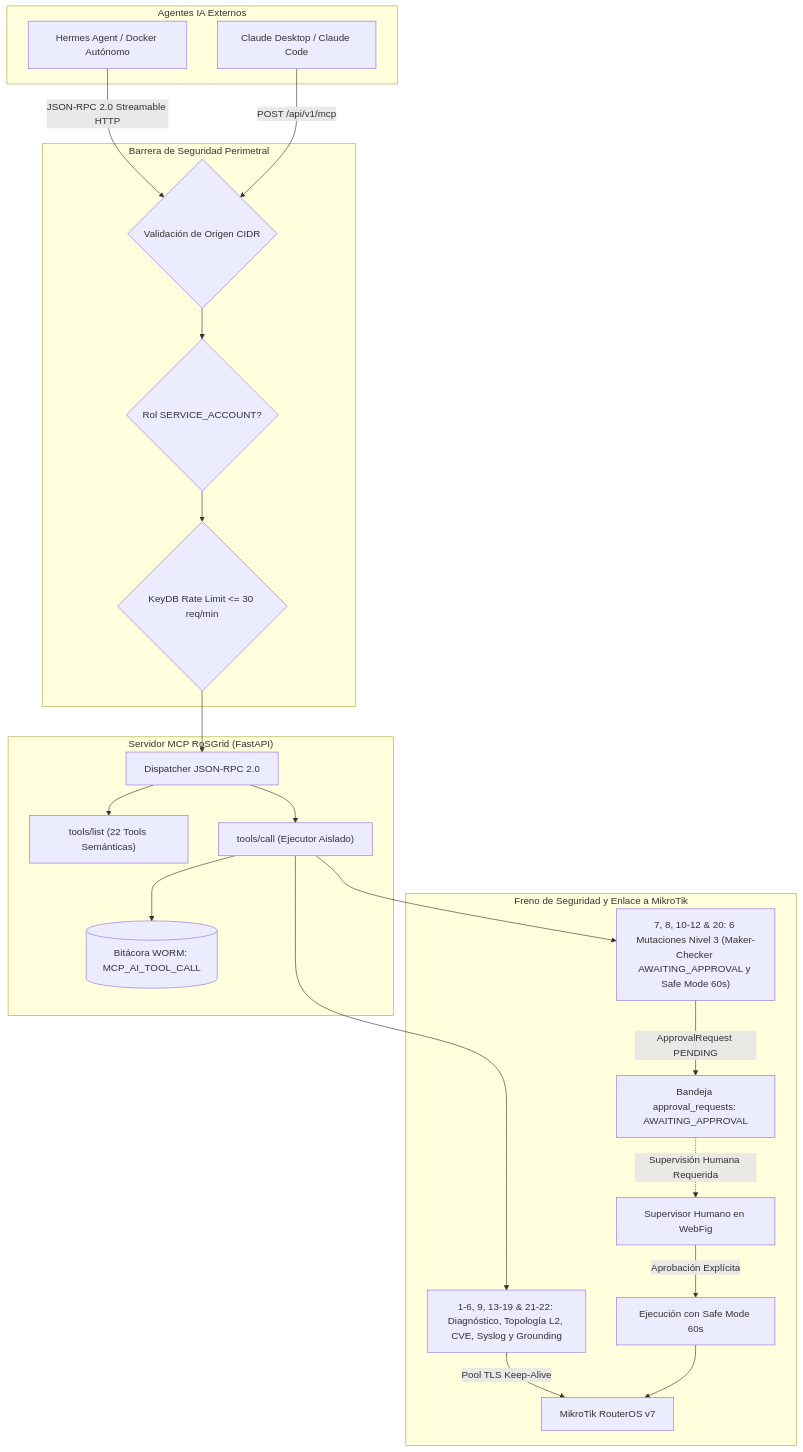
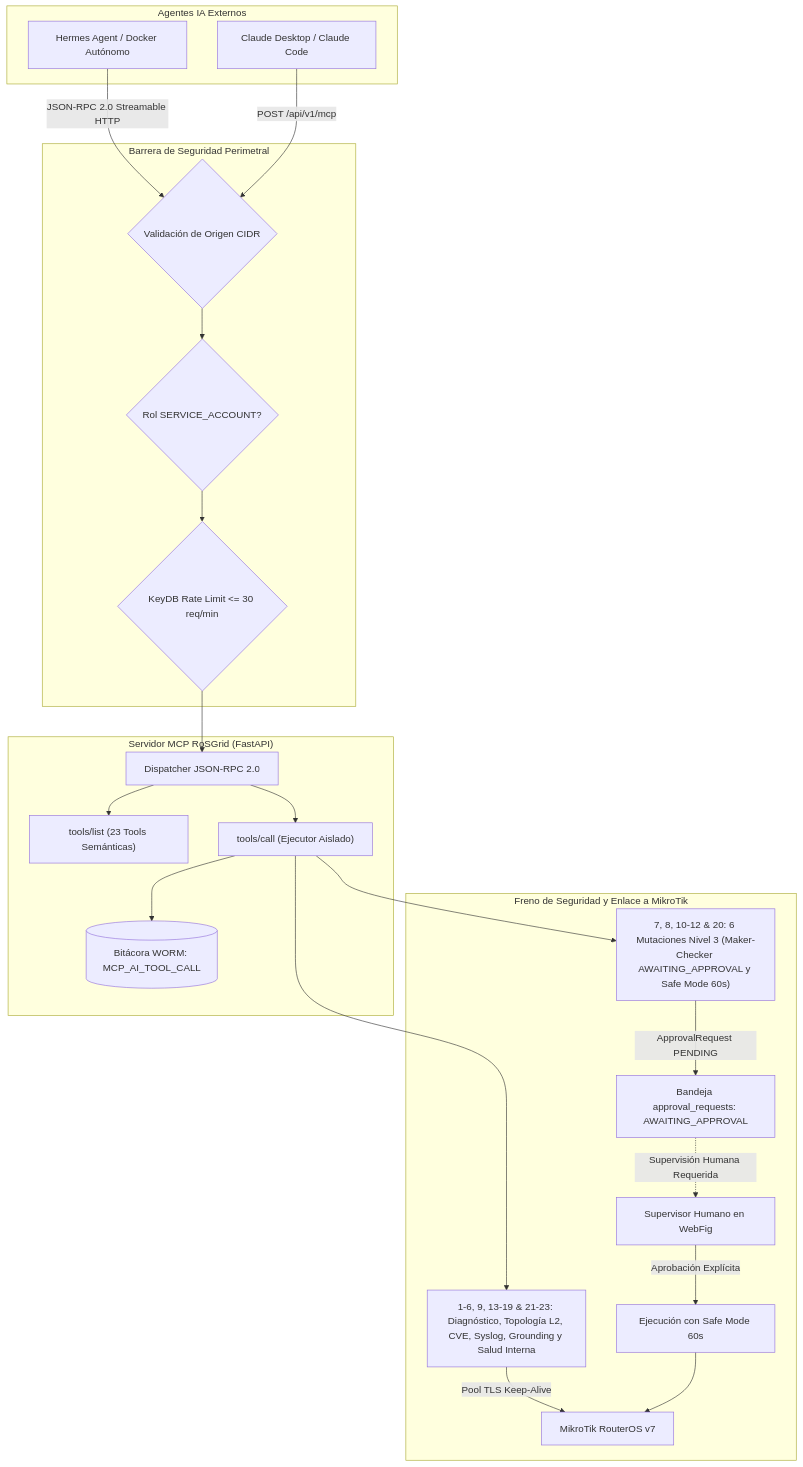
One commit to tecno-consultores/RoSGrid changed the first of 2 diagrams in docs/07_GUIA_INTEGRACION_IA_MCP_HERMES_Y_CLAUDE.md. Above: the diagram before and after it, drawn with Mermaid. The commit also changed other lines of this file and 37 other files, not shown here.

````diff
--- a/docs/07_GUIA_INTEGRACION_IA_MCP_HERMES_Y_CLAUDE.md
+++ b/docs/07_GUIA_INTEGRACION_IA_MCP_HERMES_Y_CLAUDE.md
@@ -9,36 +9,36 @@
 ```mermaid
 flowchart TB
     subgraph "Agentes IA Externos"
         Hermes[Hermes Agent / Docker Autónomo]
         Claude[Claude Desktop / Claude Code]
     end
 
     subgraph "Barrera de Seguridad Perimetral"
         CIDR{Validación de Origen CIDR}
         RoleAuth{Rol SERVICE_ACCOUNT?}
         RateLimit{KeyDB Rate Limit <= 30 req/min}
     end
 
     Hermes -->|JSON-RPC 2.0 Streamable HTTP| CIDR
     Claude -->|POST /api/v1/mcp| CIDR
     CIDR --> RoleAuth
     RoleAuth --> RateLimit
 
     subgraph "Servidor MCP RoSGrid (FastAPI)"
         RateLimit --> Dispatcher[Dispatcher JSON-RPC 2.0]
-        Dispatcher --> ToolsList["tools/list (22 Tools Semánticas)"]
+        Dispatcher --> ToolsList["tools/list (23 Tools Semánticas)"]
         Dispatcher --> ToolExec["tools/call (Ejecutor Aislado)"]
         ToolExec --> AuditWORM[(Bitácora WORM: MCP_AI_TOOL_CALL)]
     end
 
     subgraph "Freno de Seguridad y Enlace a MikroTik"
-        ToolExec --> ReadTools["1-6, 9, 13-19 & 21-22: Diagnóstico, Topología L2, CVE, Syslog y Grounding"]
+        ToolExec --> ReadTools["1-6, 9, 13-19 & 21-23: Diagnóstico, Topología L2, CVE, Syslog, Grounding y Salud Interna"]
         ToolExec --> MutationTools["7, 8, 10-12 & 20: 6 Mutaciones Nivel 3 (Maker-Checker AWAITING_APPROVAL y Safe Mode 60s)"]
         
         ReadTools -->|Pool TLS Keep-Alive| MikroTik[MikroTik RouterOS v7]
         MutationTools -->|ApprovalRequest PENDING| MakerChecker[Bandeja approval_requests: AWAITING_APPROVAL]
         MakerChecker -.->|Supervisión Humana Requerida| Supervisor[Supervisor Humano en WebFig]
         Supervisor -->|Aprobación Explícita| SafeMode[Ejecución con Safe Mode 60s]
         SafeMode --> MikroTik
     end
 ```
````
